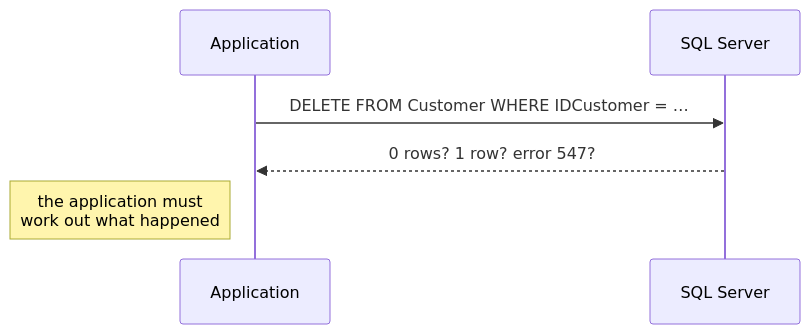
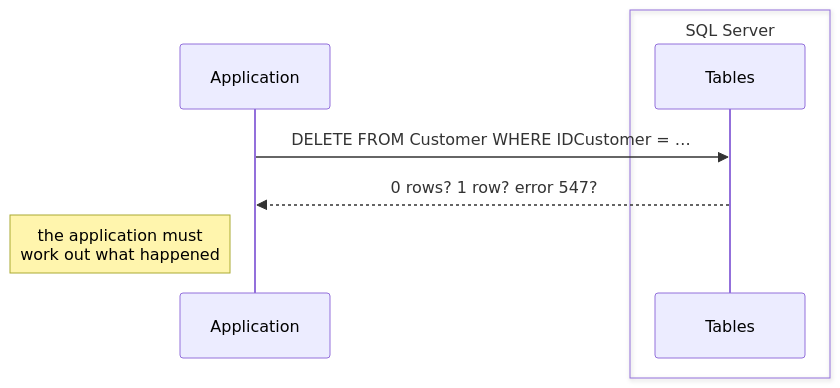
Before and after one commit to tjovic/database-design-labs-public: the first of 4 diagrams in labs/lab07-crud-operations.md, drawn with Mermaid. The commit also changed other lines of this file, not shown here.

````diff
--- a/labs/lab07-crud-operations.md
+++ b/labs/lab07-crud-operations.md
@@ -75,8 +75,10 @@
 ```mermaid
 sequenceDiagram
     participant A as Application
-    participant DB as SQL Server
+    box SQL Server
+        participant DB as Tables
+    end
     A->>DB: DELETE FROM Customer WHERE IDCustomer = …
     DB-->>A: 0 rows? 1 row? error 547?
     Note left of A: the application must<br/>work out what happened
 ```
````
